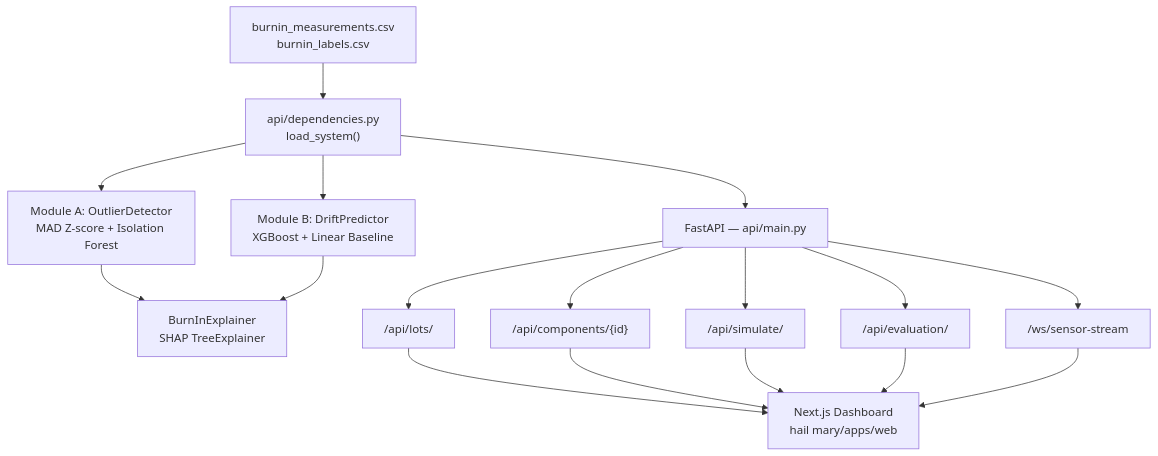
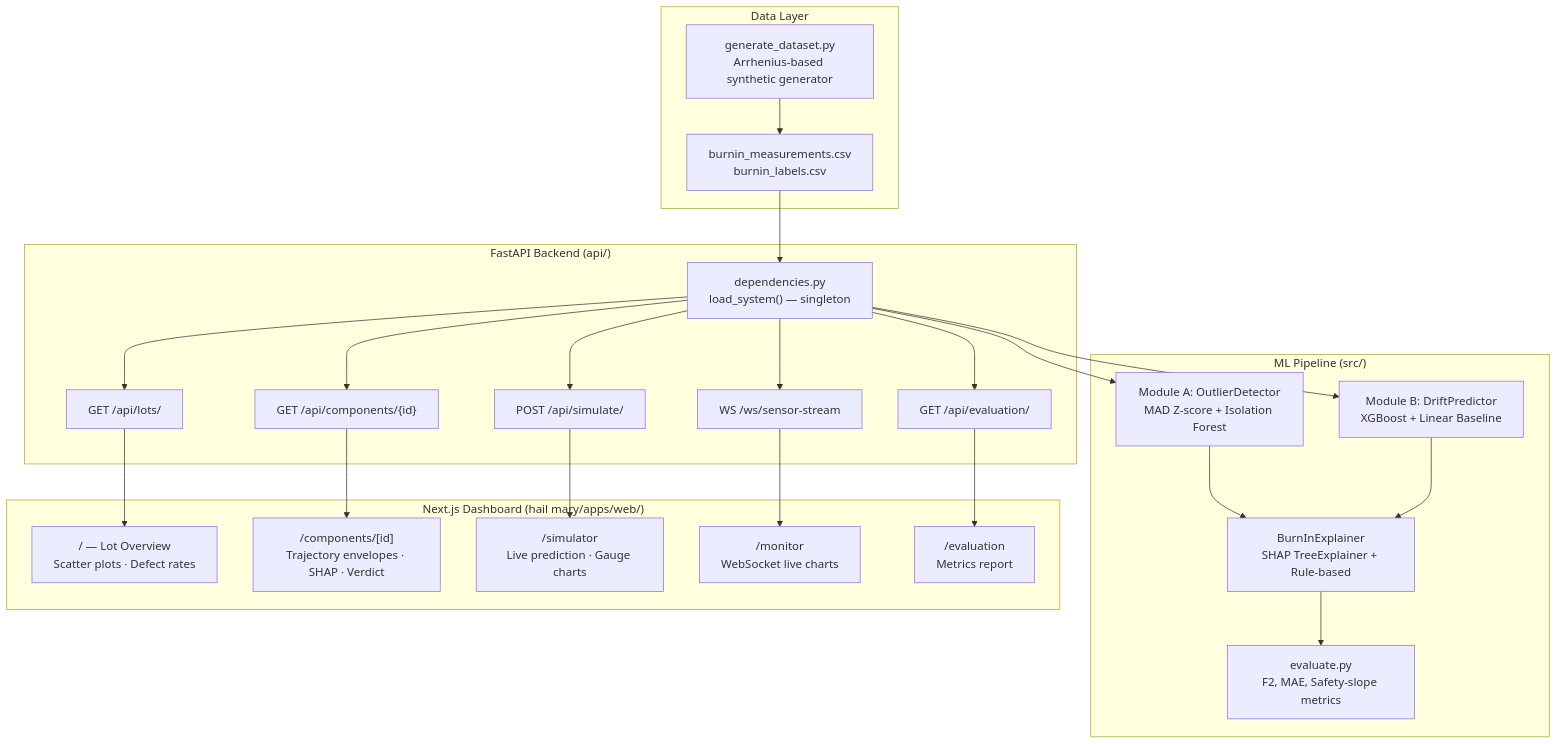
One commit to Prem-333/Hail-Mary changed the first of 2 diagrams in README.md. Above: the diagram before and after it, drawn with Mermaid. The commit also changed other lines of this file and 2 other files, not shown here.

Commit message:
feat: implement rejection simulator UI with SHAP feature explainability and add project documentation

````diff
--- a/README.md
+++ b/README.md
@@ -30,28 +80,43 @@
 ```mermaid
 flowchart TD
-    CSV["burnin_measurements.csv\nburnin_labels.csv"]
-    DA["api/dependencies.py\nload_system()"]
-    MA["Module A: OutlierDetector\nMAD Z-score + Isolation Forest"]
-    MB["Module B: DriftPredictor\nXGBoost + Linear Baseline"]
-    EX["BurnInExplainer\nSHAP TreeExplainer"]
-    API["FastAPI — api/main.py"]
-    R1["/api/lots/"]
-    R2["/api/components/{id}"]
-    R3["/api/simulate/"]
-    R4["/api/evaluation/"]
-    WS["/ws/sensor-stream"]
-    FE["Next.js Dashboard\nhail mary/apps/web"]
+    subgraph DataLayer["Data Layer"]
+        CSV["burnin_measurements.csv\nburnin_labels.csv"]
+        GEN["generate_dataset.py\nArrhenius-based synthetic generator"]
+    end
 
-    CSV --> DA
-    DA --> MA
-    DA --> MB
-    MA --> EX
-    MB --> EX
-    DA --> API
-    API --> R1
-    API --> R2
-    API --> R3
-    API --> R4
-    API --> WS
-    R1 & R2 & R3 & R4 & WS --> FE
+    subgraph MLPipeline["ML Pipeline (src/)"]
+        MA["Module A: OutlierDetector\nMAD Z-score + Isolation Forest"]
+        MB["Module B: DriftPredictor\nXGBoost + Linear Baseline"]
+        EX["BurnInExplainer\nSHAP TreeExplainer + Rule-based"]
+        EV["evaluate.py\nF2, MAE, Safety-slope metrics"]
+    end
+
+    subgraph Backend["FastAPI Backend (api/)"]
+        DEP["dependencies.py\nload_system() — singleton"]
+        R1["GET /api/lots/"]
+        R2["GET /api/components/{id}"]
+        R3["POST /api/simulate/"]
+        R4["GET /api/evaluation/"]
+        WS["WS /ws/sensor-stream"]
+    end
+
+    subgraph Frontend["Next.js Dashboard (hail mary/apps/web/)"]
+        P1["/ — Lot Overview\nScatter plots · Defect rates"]
+        P2["/components/[id]\nTrajectory envelopes · SHAP · Verdict"]
+        P3["/simulator\nLive prediction · Gauge charts"]
+        P4["/monitor\nWebSocket live charts"]
+        P5["/evaluation\nMetrics report"]
+    end
+
+    GEN --> CSV
+    CSV --> DEP
+    DEP --> MA --> EX
+    DEP --> MB --> EX
+    EX --> EV
+    DEP --> R1 & R2 & R3 & R4 & WS
+    R1 --> P1
+    R2 --> P2
+    R3 --> P3
+    WS --> P4
+    R4 --> P5
 ```
````
